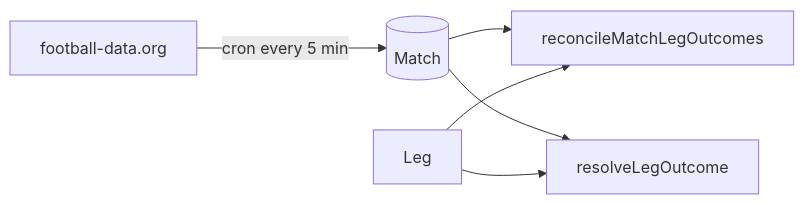
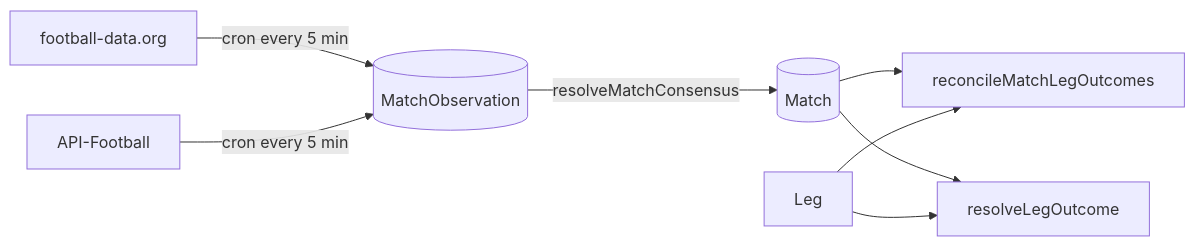
One commit to DanScreen/the-syndicate changed the diagram in docs/specs/competitions-and-results.md. Above: the diagram before and after it, drawn with Mermaid. The commit also changed other lines of this file and 39 other files, not shown here.

````diff
--- a/docs/specs/competitions-and-results.md
+++ b/docs/specs/competitions-and-results.md
@@ -120,8 +123,10 @@
 ```mermaid
 flowchart LR
-  FD[football-data.org] -->|cron every 5 min| Match[(Match)]
+  FD[football-data.org] -->|cron every 5 min| Obs[(MatchObservation)]
+  AF[API-Football] -->|cron every 5 min| Obs
+  Obs -->|resolveMatchConsensus| Match[(Match)]
   Match --> Reconcile[reconcileMatchLegOutcomes]
   Match --> Resolve[resolveLegOutcome]
   Leg --> Reconcile
   Leg --> Resolve
 ```
````
